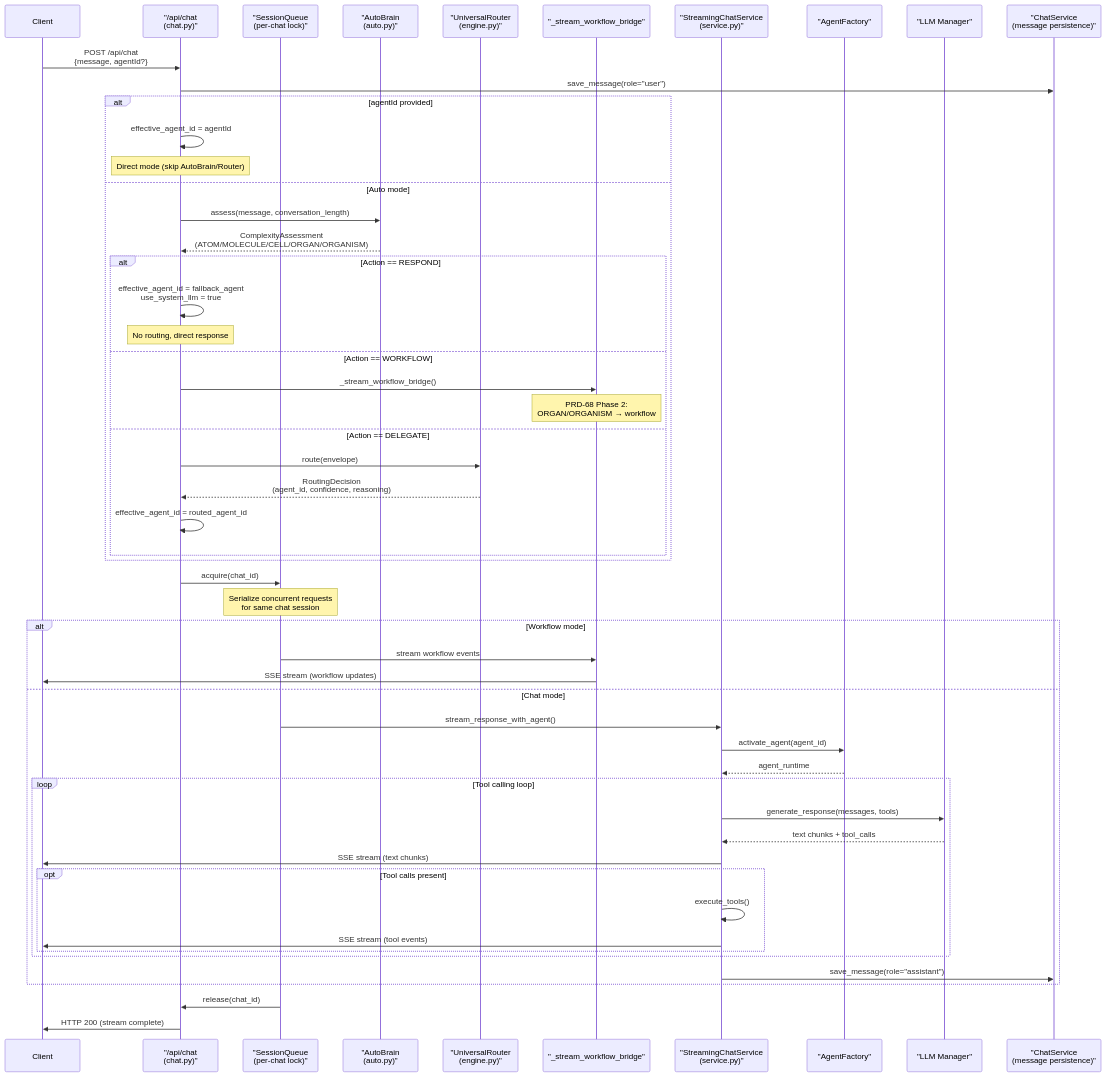
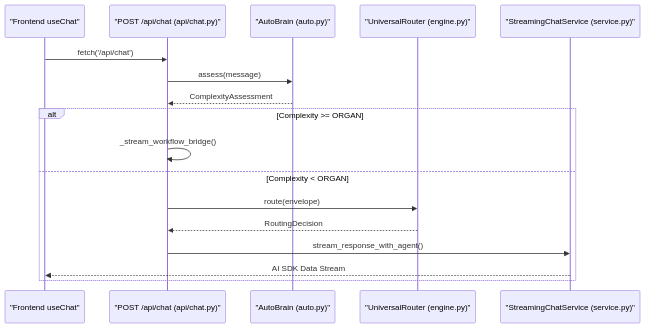
One commit to AutomatosAI/automatos-ai changed the first of 3 diagrams in docs/chat-interface/chat-api-streaming.md. Above: the diagram before and after it, drawn with Mermaid. The commit also changed other lines of this file and 149 other files, not shown here.

Commit message:
docs: refresh documentation with graphify semantic scan

````diff
--- a/docs/chat-interface/chat-api-streaming.md
+++ b/docs/chat-interface/chat-api-streaming.md
@@ -109,64 +99,21 @@
 ```mermaid
 sequenceDiagram
-    participant Client
-    participant ChatAPI as "/api/chat<br/>(chat.py)"
-    participant SessionQueue as "SessionQueue<br/>(per-chat lock)"
-    participant AutoBrain as "AutoBrain<br/>(auto.py)"
-    participant Router as "UniversalRouter<br/>(engine.py)"
-    participant WorkflowBridge as "_stream_workflow_bridge"
-    participant StreamingService as "StreamingChatService<br/>(service.py)"
-    participant AgentFactory as "AgentFactory"
-    participant LLM as "LLM Manager"
-    participant ChatService as "ChatService<br/>(message persistence)"
+    participant UI as "Frontend useChat"
+    participant API as "POST /api/chat (api/chat.py)"
+    participant Auto as "AutoBrain (auto.py)"
+    participant Router as "UniversalRouter (engine.py)"
+    participant Stream as "StreamingChatService (service.py)"
 
-    Client->>ChatAPI: POST /api/chat<br/>{message, agentId?}
-    ChatAPI->>ChatService: save_message(role="user")
+    UI->>API: fetch('/api/chat')
+    API->>Auto: assess(message)
+    Auto-->>API: ComplexityAssessment
     
-    alt agentId provided
-        ChatAPI->>ChatAPI: effective_agent_id = agentId
-        Note over ChatAPI: Direct mode (skip AutoBrain/Router)
-    else Auto mode
-        ChatAPI->>AutoBrain: assess(message, conversation_length)
-        AutoBrain-->>ChatAPI: ComplexityAssessment<br/>(ATOM/MOLECULE/CELL/ORGAN/ORGANISM)
-        
-        alt Action == RESPOND
-            ChatAPI->>ChatAPI: effective_agent_id = fallback_agent<br/>use_system_llm = true
-            Note over ChatAPI: No routing, direct response
-        else Action == WORKFLOW
-            ChatAPI->>WorkflowBridge: _stream_workflow_bridge()
-            Note over WorkflowBridge: PRD-68 Phase 2:<br/>ORGAN/ORGANISM → workflow
-        else Action == DELEGATE
-            ChatAPI->>Router: route(envelope)
-            Router-->>ChatAPI: RoutingDecision<br/>(agent_id, confidence, reasoning)
-            ChatAPI->>ChatAPI: effective_agent_id = routed_agent_id
-        end
+    alt Complexity >= ORGAN
+        API->>API: _stream_workflow_bridge()
+    else Complexity < ORGAN
+        API->>Router: route(envelope)
+        Router-->>API: RoutingDecision
+        API->>Stream: stream_response_with_agent()
+        Stream-->>UI: AI SDK Data Stream
     end
-
-    ChatAPI->>SessionQueue: acquire(chat_id)
-    Note over SessionQueue: Serialize concurrent requests<br/>for same chat session
-    
-    alt Workflow mode
-        SessionQueue->>WorkflowBridge: stream workflow events
-        WorkflowBridge->>Client: SSE stream (workflow updates)
-    else Chat mode
-        SessionQueue->>StreamingService: stream_response_with_agent()
-        StreamingService->>AgentFactory: activate_agent(agent_id)
-        AgentFactory-->>StreamingService: agent_runtime
-        
-        loop Tool calling loop
-            StreamingService->>LLM: generate_response(messages, tools)
-            LLM-->>StreamingService: text chunks + tool_calls
-            StreamingService->>Client: SSE stream (text chunks)
-            
-            opt Tool calls present
-                StreamingService->>StreamingService: execute_tools()
-                StreamingService->>Client: SSE stream (tool events)
-            end
-        end
-        
-        StreamingService->>ChatService: save_message(role="assistant")
-    end
-    
-    SessionQueue->>ChatAPI: release(chat_id)
-    ChatAPI->>Client: HTTP 200 (stream complete)
 ```
````
